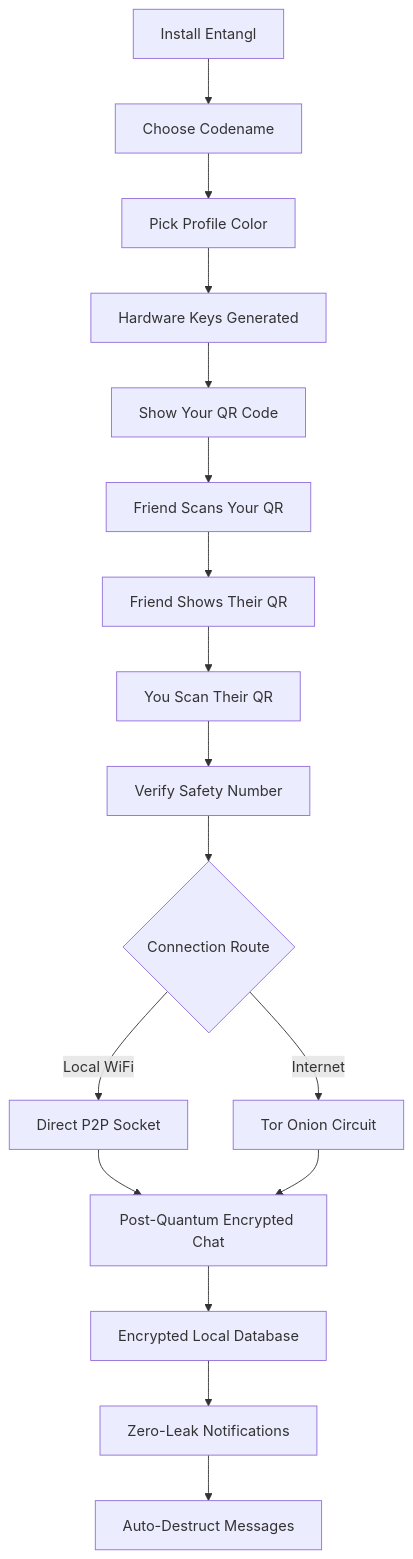
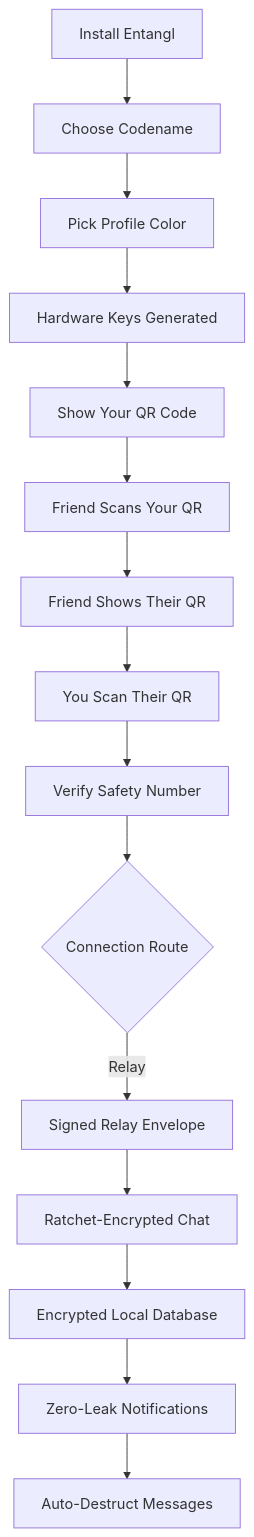
Before and after one commit to ShadowVoid07/Entangl: the first of 2 diagrams in README.md, drawn with Mermaid. The commit also changed other lines of this file and 5 other files, not shown here.

````diff
--- a/README.md
+++ b/README.md
@@ -60,19 +61,17 @@
 ```mermaid
 graph TD
     A[Install Entangl] --> B[Choose Codename]
     B --> C[Pick Profile Color]
     C --> D[Hardware Keys Generated]
     D --> E[Show Your QR Code]
     E --> F[Friend Scans Your QR]
     F --> G[Friend Shows Their QR]
     G --> H[You Scan Their QR]
     H --> I[Verify Safety Number]
     I --> J{Connection Route}
-    J -->|Local WiFi| K[Direct P2P Socket]
-    J -->|Internet| L[Tor Onion Circuit]
-    K --> M[Post-Quantum Encrypted Chat]
-    L --> M
+    J -->|Relay| K[Signed Relay Envelope]
+    K --> M[Ratchet-Encrypted Chat]
     M --> N[Encrypted Local Database]
     N --> O[Zero-Leak Notifications]
     O --> P[Auto-Destruct Messages]
 ```
````
